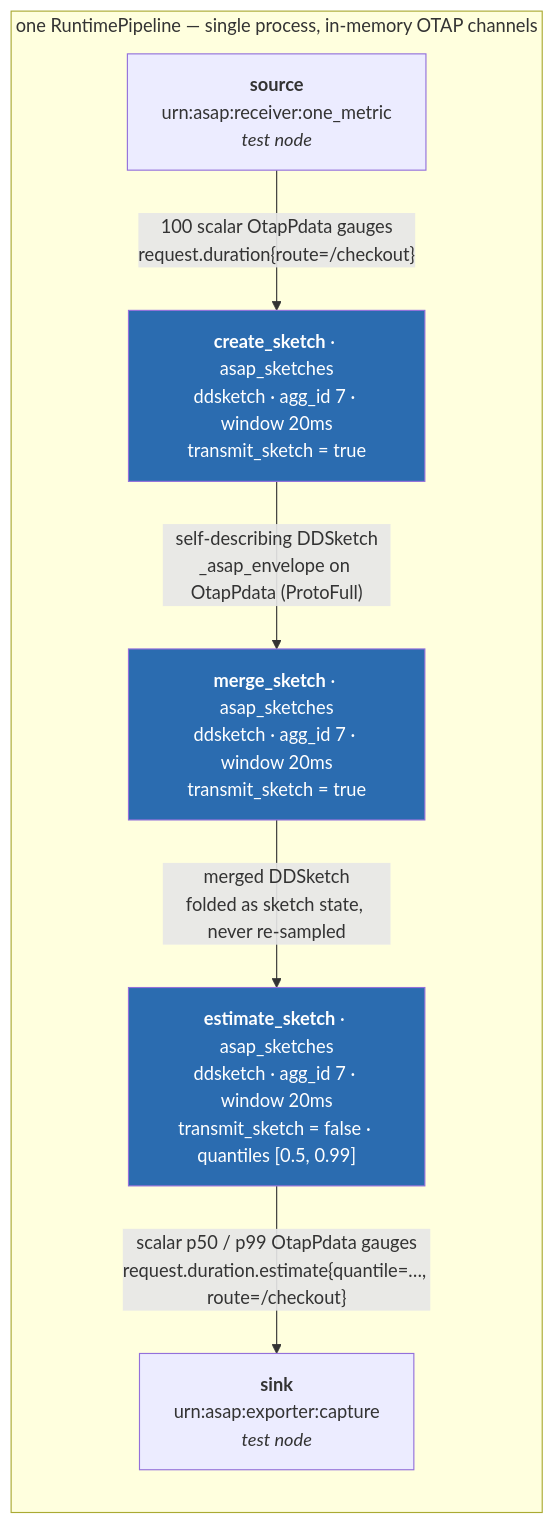
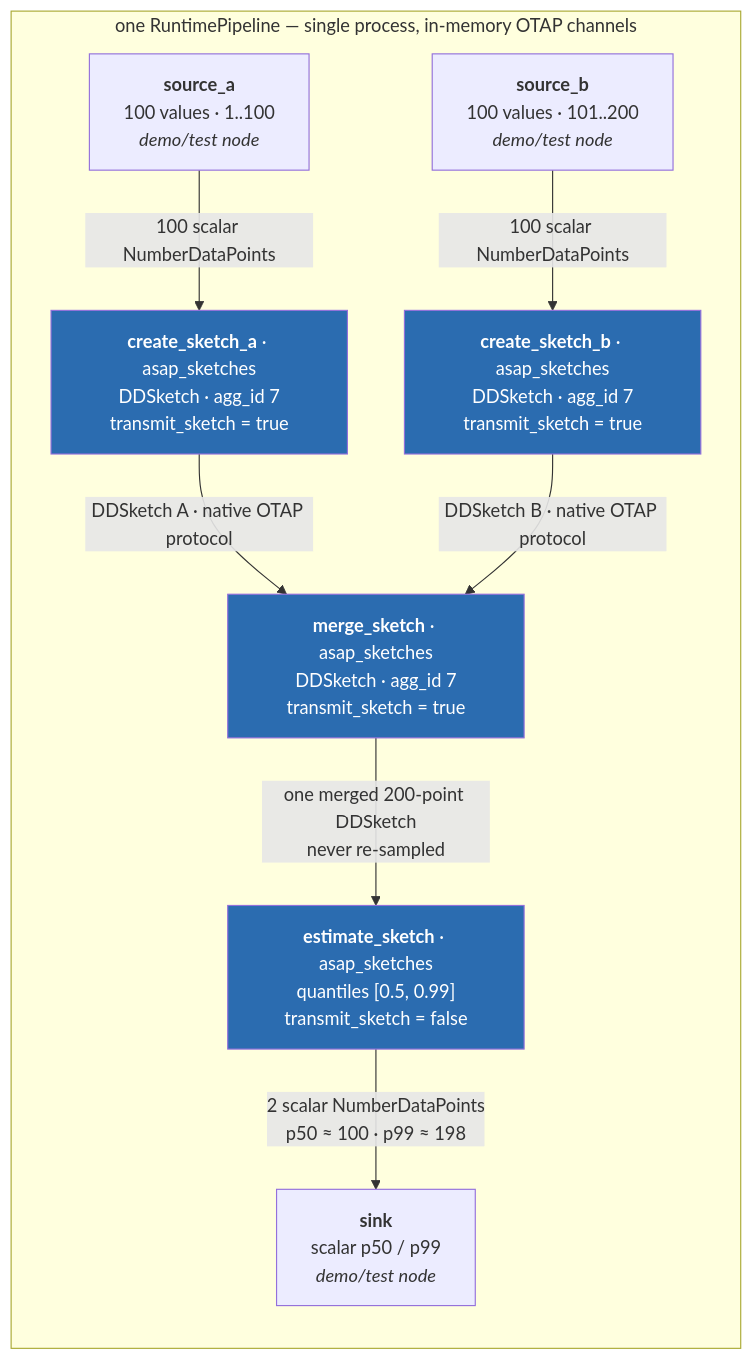
Before and after one commit to ProjectASAP/ASAPCollector-public: the diagram in docs/demo-guide.md, drawn with Mermaid. The commit also changed other lines of this file and 3 other files, not shown here.

Commit message:
feat(demo): merge sketches from two 100-point sources

````diff
--- a/docs/demo-guide.md
+++ b/docs/demo-guide.md
@@ -112,20 +112,24 @@
 ```mermaid
-flowchart TD
+flowchart LR
   subgraph RP["one RuntimePipeline — single process, in-memory OTAP channels"]
-    direction TB
-    S["<b>source</b><br/>urn:asap:receiver:one_metric<br/><i>test node</i>"]
-    C["<b>create_sketch</b> · asap_sketches<br/>ddsketch · agg_id 7 · window 20ms<br/>transmit_sketch = true"]
-    M["<b>merge_sketch</b> · asap_sketches<br/>ddsketch · agg_id 7 · window 20ms<br/>transmit_sketch = true"]
-    E["<b>estimate_sketch</b> · asap_sketches<br/>ddsketch · agg_id 7 · window 20ms<br/>transmit_sketch = false · quantiles [0.5, 0.99]"]
-    X["<b>sink</b><br/>urn:asap:exporter:capture<br/><i>test node</i>"]
+    SA["<b>source_a</b><br/>100 values · 1..100<br/><i>demo/test node</i>"]
+    SB["<b>source_b</b><br/>100 values · 101..200<br/><i>demo/test node</i>"]
+    CA["<b>create_sketch_a</b> · asap_sketches<br/>DDSketch · agg_id 7<br/>transmit_sketch = true"]
+    CB["<b>create_sketch_b</b> · asap_sketches<br/>DDSketch · agg_id 7<br/>transmit_sketch = true"]
+    M["<b>merge_sketch</b> · asap_sketches<br/>DDSketch · agg_id 7<br/>transmit_sketch = true"]
+    E["<b>estimate_sketch</b> · asap_sketches<br/>quantiles [0.5, 0.99]<br/>transmit_sketch = false"]
+    X["<b>sink</b><br/>scalar p50 / p99<br/><i>demo/test node</i>"]
 
-    S -->|"100 scalar OtapPdata gauges<br/>request.duration{route=/checkout}"| C
-    C -->|"self-describing DDSketch<br/>_asap_envelope on OtapPdata (ProtoFull)"| M
-    M -->|"merged DDSketch<br/>folded as sketch state, never re-sampled"| E
-    E -->|"scalar p50 / p99 OtapPdata gauges<br/>request.duration.estimate{quantile=…, route=/checkout}"| X
+    SA -->|"100 scalar NumberDataPoints"| CA
+    SB -->|"100 scalar NumberDataPoints"| CB
+    CA -->|"DDSketch A · native OTAP protocol"| M
+    CB -->|"DDSketch B · native OTAP protocol"| M
+    M -->|"one merged 200-point DDSketch<br/>never re-sampled"| E
+    E -->|"2 scalar NumberDataPoints<br/>p50 ≈ 100 · p99 ≈ 198"| X
   end
 
-  style C fill:#2b6cb0,color:#fff
+  style CA fill:#2b6cb0,color:#fff
+  style CB fill:#2b6cb0,color:#fff
   style M fill:#2b6cb0,color:#fff
   style E fill:#2b6cb0,color:#fff
 ```
````
